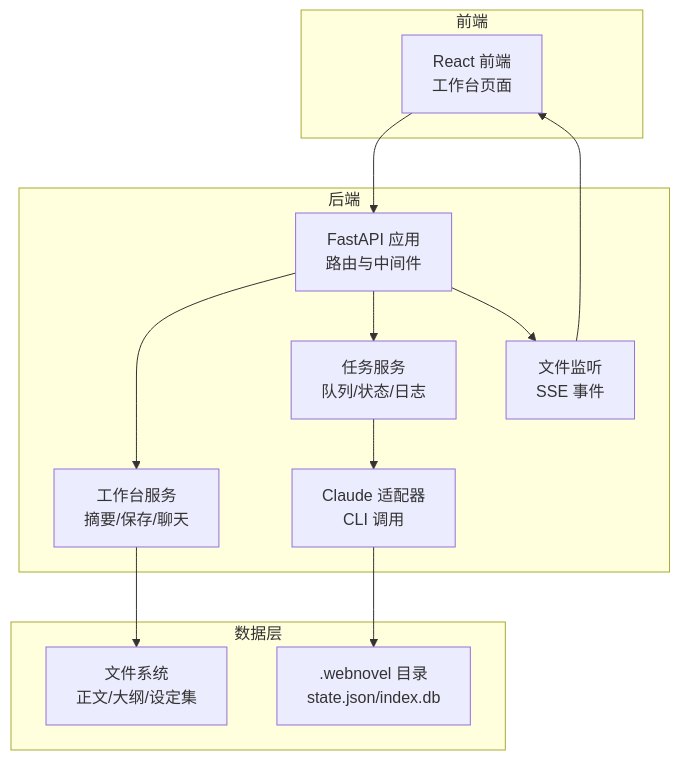
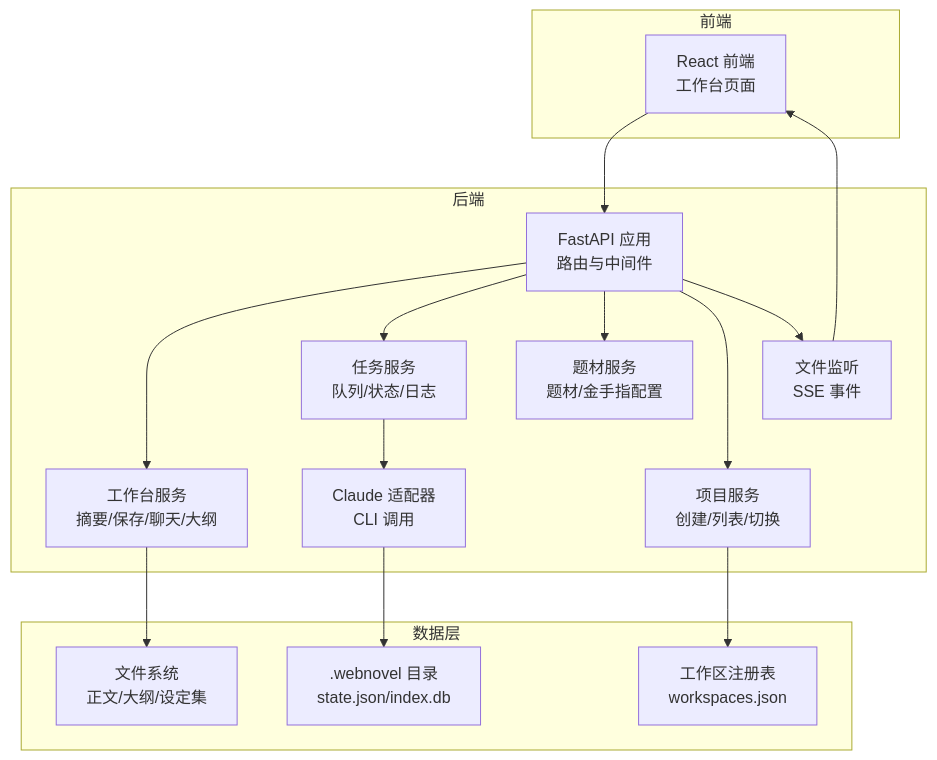
The first of 9 diagrams in .qoder/repowiki/zh/content/写作工作台/后端服务实现.md (ssffpt/webnovel-writer), drawn with Mermaid before and after one commit. The commit also changed other lines of this file and 13 other files, not shown here.

````diff
--- a/.qoder/repowiki/zh/content/写作工作台/后端服务实现.md
+++ b/.qoder/repowiki/zh/content/写作工作台/后端服务实现.md
@@ -44,25 +51,31 @@
 ```mermaid
 graph TB
 subgraph "前端"
 FE["React 前端<br/>工作台页面"]
 end
 subgraph "后端"
 APP["FastAPI 应用<br/>路由与中间件"]
-WB["工作台服务<br/>摘要/保存/聊天"]
+WB["工作台服务<br/>摘要/保存/聊天/大纲"]
 TS["任务服务<br/>队列/状态/日志"]
+GS["题材服务<br/>题材/金手指配置"]
+PS["项目服务<br/>创建/列表/切换"]
 WDT["文件监听<br/>SSE 事件"]
 CR["Claude 适配器<br/>CLI 调用"]
 end
 subgraph "数据层"
 FS["文件系统<br/>正文/大纲/设定集"]
 WN[".webnovel 目录<br/>state.json/index.db"]
+WS["工作区注册表<br/>workspaces.json"]
 end
 FE --> APP
 APP --> WB
 APP --> TS
+APP --> GS
+APP --> PS
 APP --> WDT
 TS --> CR
 WB --> FS
+PS --> WS
 WDT --> FE
 CR --> WN
 ```
````
